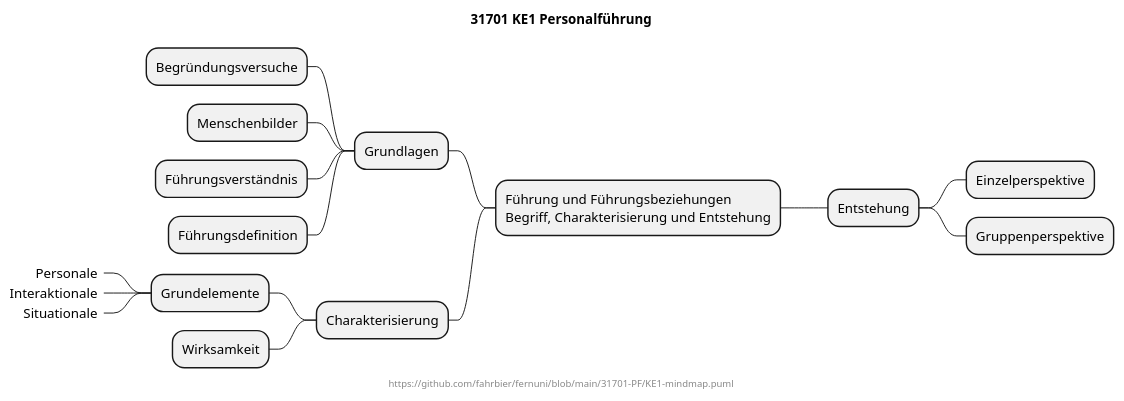
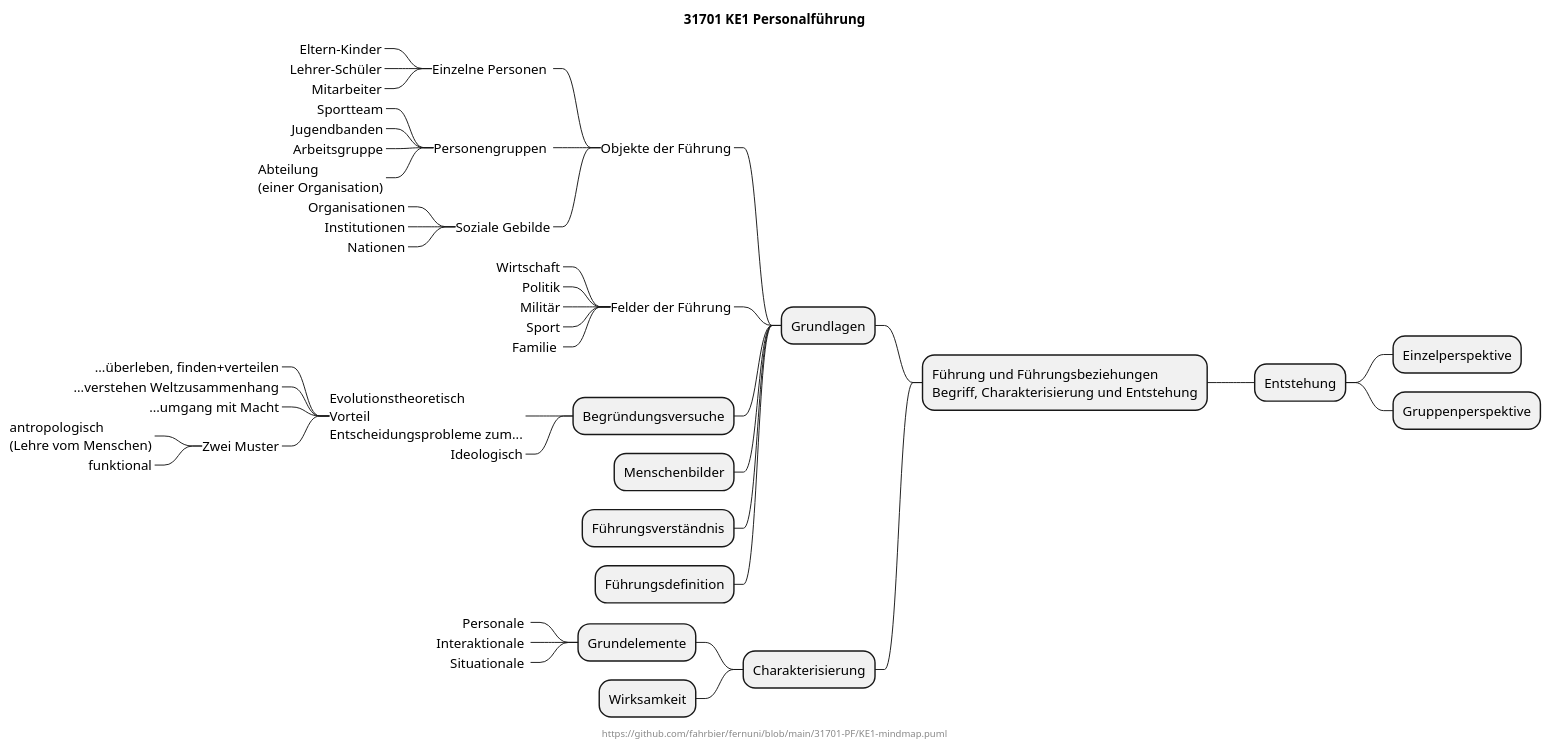
One commit to fahrbier/fernuni changed the diagram in 31701-PF/KE1-mindmap.puml. Above: the diagram before and after it, drawn with PlantUML.

Commit message:
little progress

```diff
--- a/31701-PF/KE1-mindmap.puml
+++ b/31701-PF/KE1-mindmap.puml
@@ -1,23 +1,60 @@
 @startmindmap
 title 31701 KE1 Personalführung
 center footer https://github.com/fahrbier/fernuni/blob/main/31701-PF/KE1-mindmap.puml
 
 + Führung und Führungsbeziehungen\nBegriff, Charakterisierung und Entstehung
 -- Grundlagen
+---_ Objekte der Führung
+----_ Einzelne Personen 
+-----_ Eltern-Kinder
+-----_ Lehrer-Schüler
+-----_ Mitarbeiter
+
+----_ Personengruppen 
+-----_ Sportteam
+-----_ Jugendbanden
+-----_ Arbeitsgruppe
+-----_ Abteilung\n(einer Organisation)
+
+----_ Soziale Gebilde
+-----_ Organisationen
+-----_ Institutionen
+-----_ Nationen
+
+---_ Felder der Führung
+----_ Wirtschaft
+----_ Politik
+----_ Militär
+----_ Sport
+----_ Familie 
+
 --- Begründungsversuche
+----_ Evolutionstheoretisch\nVorteil\nEntscheidungsprobleme zum...
+-----_ ...überleben, finden+verteilen
+-----_ ...verstehen Weltzusammenhang
+-----_ ...umgang mit Macht
+-----_ Zwei Muster
+------_ antropologisch\n(Lehre vom Menschen)
+------_ funktional
+
+
+
+
+----_ Ideologisch
+
 --- Menschenbilder
 --- Führungsverständnis
 --- Führungsdefinition
 
 -- Charakterisierung
 --- Grundelemente
 ----_ Personale 
 ----_ Interaktionale 
 ----_ Situationale 
 --- Wirksamkeit
 
 ++ Entstehung
 +++ Einzelperspektive
 +++ Gruppenperspektive
 
 @endmindmap
```
